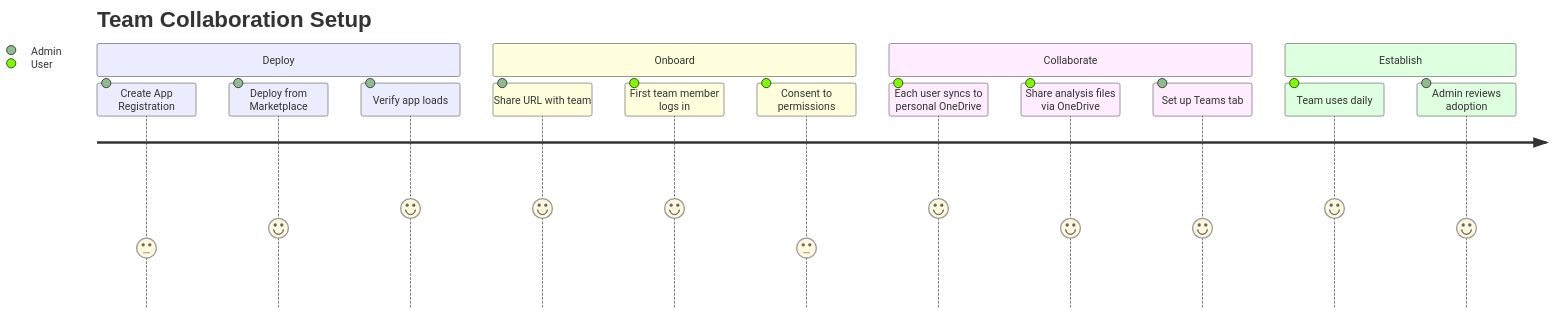
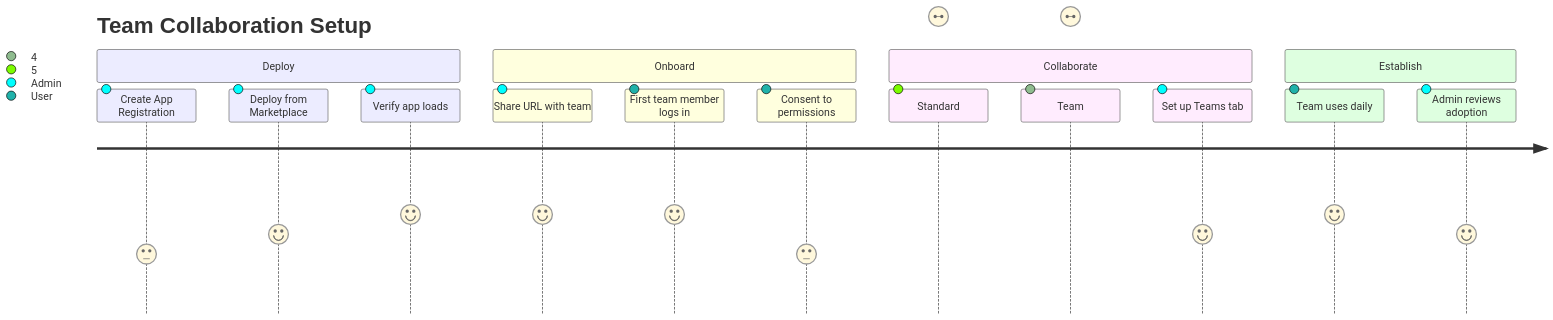
Before and after one commit to jukka-matti/variscout: the second of 2 diagrams in docs/02-journeys/flows/azure-team-collaboration.md, drawn with Mermaid. The commit also changed other lines of this file and 7 other files, not shown here.

````diff
--- a/docs/02-journeys/flows/azure-team-collaboration.md
+++ b/docs/02-journeys/flows/azure-team-collaboration.md
@@ -54,19 +55,19 @@
 ```mermaid
 journey
     title Team Collaboration Setup
     section Deploy
       Create App Registration: 3: Admin
       Deploy from Marketplace: 4: Admin
       Verify app loads: 5: Admin
     section Onboard
       Share URL with team: 5: Admin
       First team member logs in: 5: User
       Consent to permissions: 3: User
     section Collaborate
-      Each user syncs to personal OneDrive: 5: User
-      Share analysis files via OneDrive: 4: User
+      Standard: local file storage: 5: User
+      Team: cloud sync + channel sharing: 4: User
       Set up Teams tab: 4: Admin
     section Establish
       Team uses daily: 5: User
       Admin reviews adoption: 4: Admin
 ```
````
